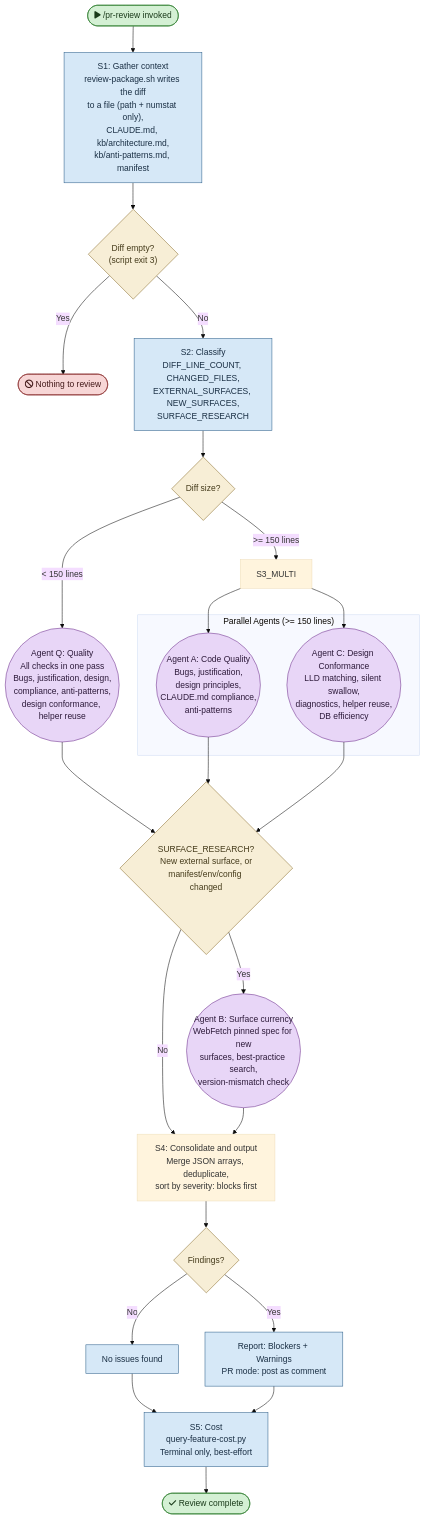
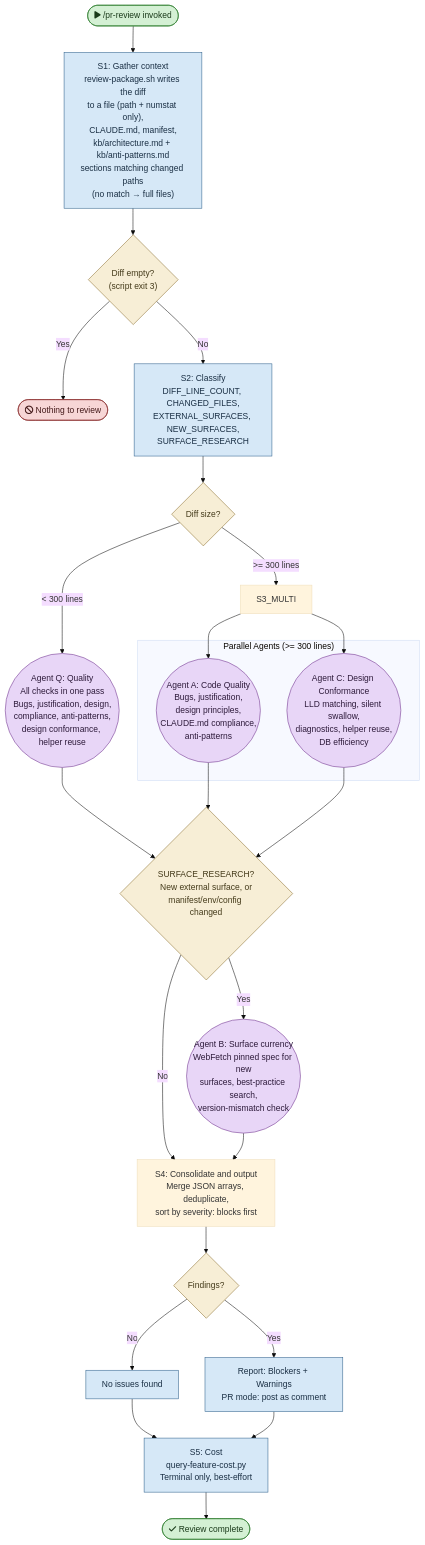
Before and after one commit to mironyx/engineering-delivery-framework: the diagram in plugins/edf/skills/pr-review/flowchart.md, drawn with Mermaid (base theme). The commit also changed 20 other files, not shown here.

````diff
--- a/plugins/edf/skills/pr-review/flowchart.md
+++ b/plugins/edf/skills/pr-review/flowchart.md
@@ -5,55 +5,55 @@
 ```mermaid
 flowchart TD
     START(["fa:fa-play /pr-review invoked"]) --> S1
 
-    S1["S1: Gather context<br/>review-package.sh writes the diff<br/>to a file (path + numstat only),<br/>CLAUDE.md, kb/architecture.md,<br/>kb/anti-patterns.md, manifest"] --> S1_CHK{"Diff empty?<br/>(script exit 3)"}
+    S1["S1: Gather context<br/>review-package.sh writes the diff<br/>to a file (path + numstat only),<br/>CLAUDE.md, manifest,<br/>kb/architecture.md + kb/anti-patterns.md<br/>sections matching changed paths<br/>(no match → full files)"] --> S1_CHK{"Diff empty?<br/>(script exit 3)"}
     S1_CHK -->|"Yes"| STOP_EMPTY(["fa:fa-ban Nothing to review"])
     S1_CHK -->|"No"| S2
 
     S2["S2: Classify<br/>DIFF_LINE_COUNT, CHANGED_FILES,<br/>EXTERNAL_SURFACES, NEW_SURFACES,<br/>SURFACE_RESEARCH"] --> S2_SIZE{"Diff size?"}
 
-    S2_SIZE -->|"< 150 lines"| S3_SINGLE
-    S2_SIZE -->|">= 150 lines"| S3_MULTI
+    S2_SIZE -->|"< 300 lines"| S3_SINGLE
+    S2_SIZE -->|">= 300 lines"| S3_MULTI
 
     S3_SINGLE(("Agent Q: Quality<br/>All checks in one pass<br/>Bugs, justification, design,<br/>compliance, anti-patterns,<br/>design conformance, helper reuse"))
 
     S3_SINGLE --> S3_SURF
 
-    subgraph PARALLEL["Parallel Agents (>= 150 lines)"]
+    subgraph PARALLEL["Parallel Agents (>= 300 lines)"]
         S3A(("Agent A: Code Quality<br/>Bugs, justification,<br/>design principles,<br/>CLAUDE.md compliance,<br/>anti-patterns"))
         S3C(("Agent C: Design Conformance<br/>LLD matching, silent swallow,<br/>diagnostics, helper reuse,<br/>DB efficiency"))
     end
 
     S3_MULTI --> S3A
     S3_MULTI --> S3C
 
     S3A --> S3_SURF{"SURFACE_RESEARCH?<br/>New external surface, or<br/>manifest/env/config changed"}
     S3C --> S3_SURF
     S3_SURF -->|"Yes"| S3B(("Agent B: Surface currency<br/>WebFetch pinned spec for new<br/>surfaces, best-practice search,<br/>version-mismatch check"))
     S3_SURF -->|"No"| S4
     S3B --> S4
 
     S4["S4: Consolidate and output<br/>Merge JSON arrays, deduplicate,<br/>sort by severity: blocks first"] --> S4_FIND{"Findings?"}
     S4_FIND -->|"No"| S4_CLEAN["No issues found"]
     S4_FIND -->|"Yes"| S4_REPORT["Report: Blockers + Warnings<br/>PR mode: post as comment"]
 
     S4_CLEAN --> S5
     S4_REPORT --> S5
 
     S5["S5: Cost<br/>query-feature-cost.py<br/>Terminal only, best-effort"]
 
     S5 --> DONE(["fa:fa-check Review complete"])
 
     %% ── Styles ──
     classDef startend fill:#d4f0d4,stroke:#2d7d2d,color:#1a3a1a
     classDef process fill:#d6e8f7,stroke:#2d5f8a,color:#1a2f44
     classDef agent fill:#e8d6f7,stroke:#6b2d8a,color:#2d1a3a
     classDef decision fill:#f7eed6,stroke:#8a6d2d,color:#443a1a
     classDef stop fill:#f7d6d6,stroke:#8a2d2d,color:#441a1a
 
     class START,DONE startend
     class S1,S2,S4_CLEAN,S4_REPORT,S5 process
     class S3_SINGLE,S3A,S3C,S3B agent
     class S1_CHK,S2_SIZE,S3_SURF,S4_FIND decision
     class STOP_EMPTY stop
 ```
````
